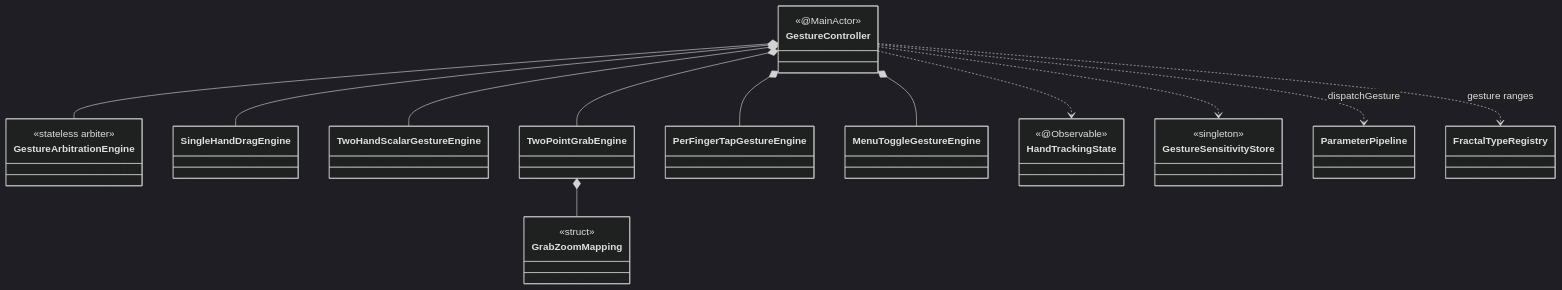
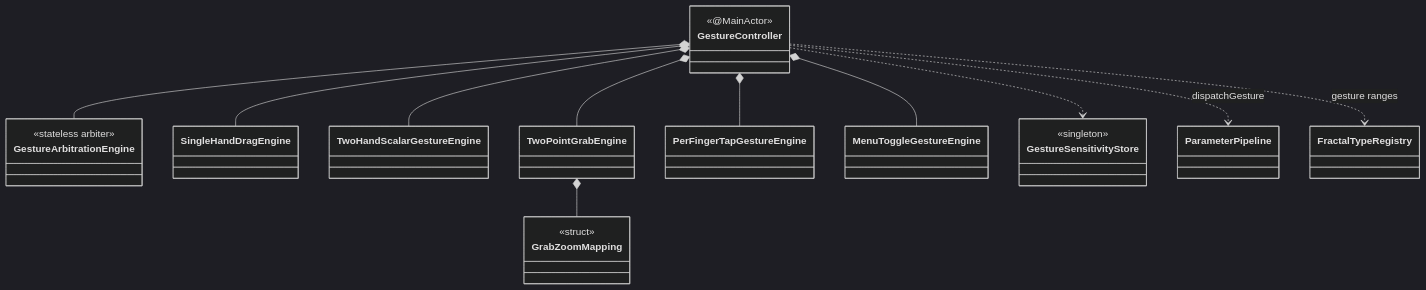
The eighth of 9 diagrams in Context/ARCHITECTURE_UML.md (Halopend/MetalRaymarch-main), drawn with Mermaid (dark theme) before and after one commit. The commit also changed other lines of this file and 195 other files, not shown here.

````diff
--- a/Context/ARCHITECTURE_UML.md
+++ b/Context/ARCHITECTURE_UML.md
@@ -344,27 +337,25 @@
 ```mermaid
 classDiagram
     direction TB
 
     class GestureController { <<@MainActor>> }
     class GestureArbitrationEngine { <<stateless arbiter>> }
     class SingleHandDragEngine
     class TwoHandScalarGestureEngine
     class TwoPointGrabEngine
     class PerFingerTapGestureEngine
     class MenuToggleGestureEngine
-    class HandTrackingState { <<@Observable>> }
     class GrabZoomMapping { <<struct>> }
     class GestureSensitivityStore { <<singleton>> }
 
     GestureController *-- GestureArbitrationEngine
     GestureController *-- SingleHandDragEngine
     GestureController *-- TwoHandScalarGestureEngine
     GestureController *-- TwoPointGrabEngine
     GestureController *-- PerFingerTapGestureEngine
     GestureController *-- MenuToggleGestureEngine
-    GestureController ..> HandTrackingState
     GestureController ..> ParameterPipeline : dispatchGesture
     GestureController ..> FractalTypeRegistry : gesture ranges
     GestureController ..> GestureSensitivityStore
     TwoPointGrabEngine *-- GrabZoomMapping
 ```
````
